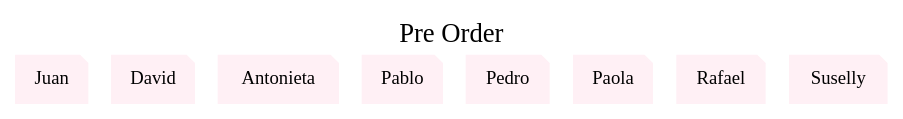
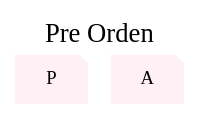
One commit to JoseMorente98/EDD-Proyecto-1 changed the diagram in EDD_1S2020_PY1_201801237/PreOrden.dot. Above: the diagram before and after it, drawn with Graphviz. The commit also changed 58 other files, not shown here.

```diff
--- a/EDD_1S2020_PY1_201801237/PreOrden.dot
+++ b/EDD_1S2020_PY1_201801237/PreOrden.dot
@@ -1,13 +1,7 @@
 digraph ArbolBinario {
 	rankdir=TB;
 	node[shape = note, fontcolor = black, style = filled, color = lavenderblush];
-	graph[label = "Pre Order", labelloc = t, fontsize = 20];
-Object1[label = " Juan"];
-Object4[label = " David"];
-Object6[label = " Antonieta"];
-Object2[label = " Pablo"];
-Object3[label = " Pedro"];
-Object8[label = " Paola"];
-Object5[label = " Rafael"];
-Object7[label = " Suselly"];
+	graph[label = "Pre Orden", labelloc = t, fontsize = 20];
+Object1[label = " P"];
+Object2[label = " A"];
 }
```
